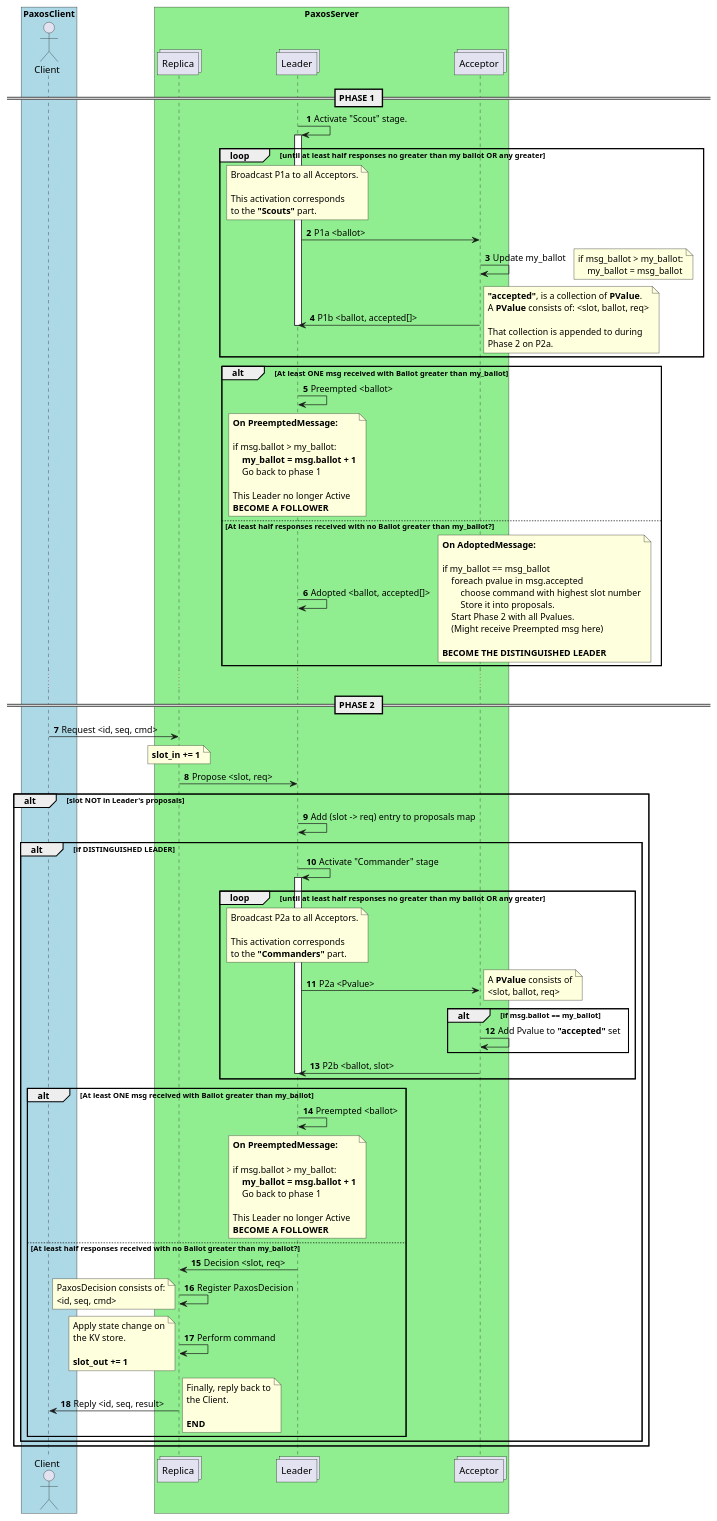
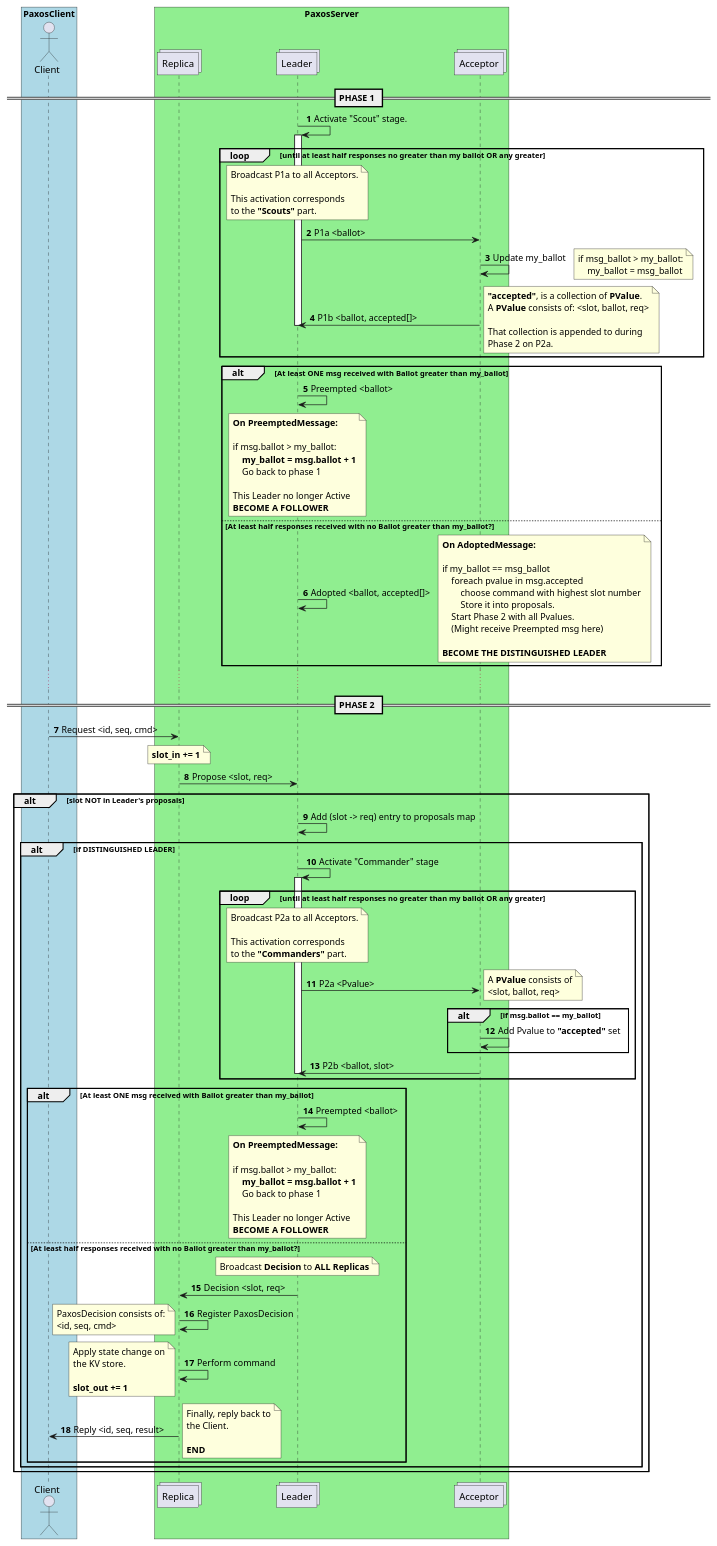
One commit to rodyce/paxos_understand changed the diagram in paxos_sequence.puml. Above: the diagram before and after it, drawn with PlantUML. The commit also changed 4 other files, not shown here.

Commit message:
Add Broadcast Decision to ALL replicas

```diff
--- a/paxos_sequence.puml
+++ b/paxos_sequence.puml
@@ -1,160 +1,163 @@
 @startuml PAXOS
 
 autonumber
 box "PaxosClient" #LightBlue
     actor Client
 end box
 box "PaxosServer" #LightGreen
     collections "Replica" as Replica
     collections "Leader" as Leader
     collections "Acceptor" as Acceptor
 end box
 
 
 == PHASE 1 ==
 
 Leader -> Leader : Activate "Scout" stage.
 
 activate Leader
 
 loop until at least half responses no greater than my ballot OR any greater
     note over Leader
         Broadcast P1a to all Acceptors.
 
         This activation corresponds
         to the **"Scouts"** part.
     end note
 
     Leader -> Acceptor : P1a <ballot>
 
     Acceptor -> Acceptor : Update my_ballot
     note right
         if msg_ballot > my_ballot:
             my_ballot = msg_ballot
     end note
 
     Acceptor -> Leader : P1b <ballot, accepted[]>
     note right
         **"accepted"**, is a collection of **PValue**.
         A **PValue** consists of: <slot, ballot, req>
         
         That collection is appended to during
         Phase 2 on P2a.
     end note
 
     deactivate Leader
 end
 
 alt At least ONE msg received with Ballot greater than my_ballot
     Leader -> Leader : Preempted <ballot>
     note over Leader
         **On PreemptedMessage:**
 
         if msg.ballot > my_ballot:
             **my_ballot = msg.ballot + 1**
             Go back to phase 1
 
         This Leader no longer Active
         **BECOME A FOLLOWER**
     end note
 else At least half responses received with no Ballot greater than my_ballot?
     Leader -> Leader : Adopted <ballot, accepted[]>
     note right
         **On AdoptedMessage:**
 
         if my_ballot == msg_ballot
             foreach pvalue in msg.accepted
                 choose command with highest slot number
                 Store it into proposals.
             Start Phase 2 with all Pvalues.
             (Might receive Preempted msg here)
 
         **BECOME THE DISTINGUISHED LEADER**
     end note
 end
 
 
 ...
 
 == PHASE 2 ==
 
 Client -> Replica : Request <id, seq, cmd>
 note over Replica
     **slot_in += 1**
 end note
 
 Replica -> Leader : Propose <slot, req>
 
 alt slot NOT in Leader's proposals
     Leader -> Leader : Add (slot -> req) entry to proposals map
 
     alt if DISTINGUISHED LEADER
         Leader -> Leader : Activate "Commander" stage
         activate Leader
 
         loop until at least half responses no greater than my ballot OR any greater
             note over Leader
                 Broadcast P2a to all Acceptors.
 
                 This activation corresponds
                 to the **"Commanders"** part.
             end note
 
             Leader -> Acceptor : P2a <Pvalue>
             note right
                 A **PValue** consists of
                 <slot, ballot, req>
             end note
 
             alt if msg.ballot == my_ballot
                 Acceptor -> Acceptor : Add Pvalue to **"accepted"** set
             end
 
 
             Acceptor -> Leader : P2b <ballot, slot>
 
             deactivate Leader
         end
 
         alt At least ONE msg received with Ballot greater than my_ballot
             Leader -> Leader : Preempted <ballot>
 
             note over Leader
                 **On PreemptedMessage:**
 
                 if msg.ballot > my_ballot:
                     **my_ballot = msg.ballot + 1**
                     Go back to phase 1
 
                 This Leader no longer Active
                 **BECOME A FOLLOWER**
             end note
         else At least half responses received with no Ballot greater than my_ballot?
+            note over Leader
+                Broadcast **Decision** to **ALL Replicas**
+            end note
             Leader -> Replica : Decision <slot, req>
 
             Replica -> Replica : Register PaxosDecision
             note left
                 PaxosDecision consists of:
                 <id, seq, cmd>
             end note
 
             Replica -> Replica : Perform command
             note left
                 Apply state change on
                 the KV store.
 
                 **slot_out += 1**
             end note
 
             Replica -> Client : Reply <id, seq, result>
             note right
                 Finally, reply back to
                 the Client.
 
                 **END**
             end note
         end
     end
 end
 
 @enduml
```
